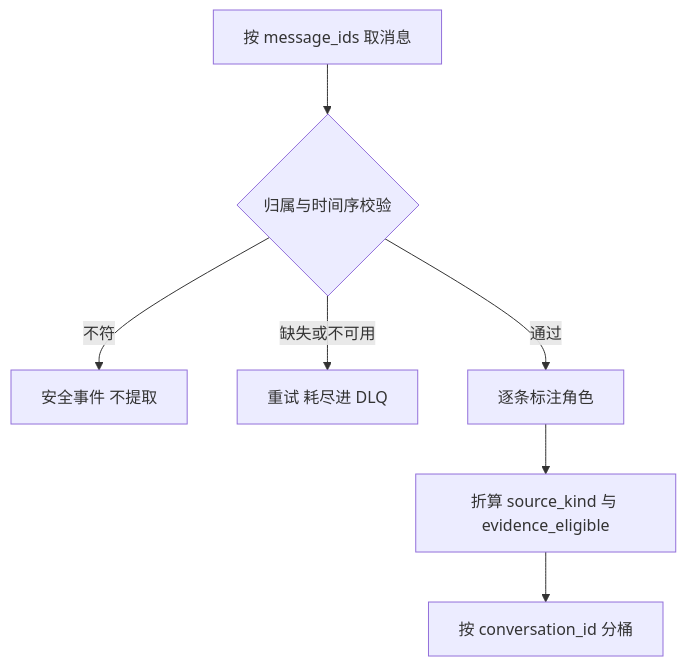
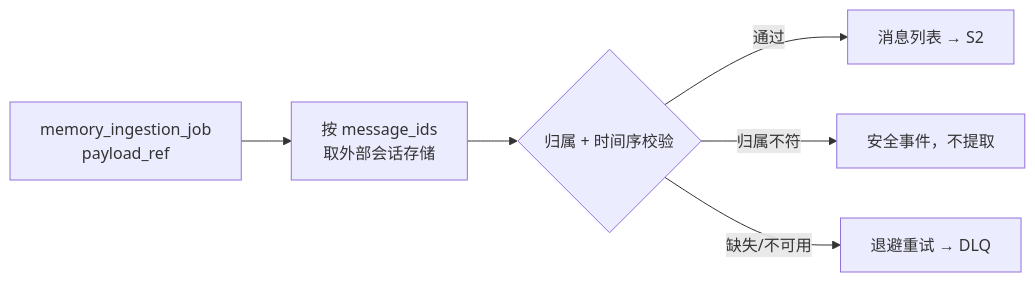
The second of 10 diagrams in docs/2-详细设计/04-记忆抽取.md (luming1617/mms), drawn with Mermaid before and after one commit. The commit also changed other lines of this file and 37 other files, not shown here.

````diff
--- a/docs/2-详细设计/04-记忆抽取.md
+++ b/docs/2-详细设计/04-记忆抽取.md
@@ -115,9 +40,8 @@
 ```mermaid
-flowchart TD
-  A["按 message_ids 取消息"] --> B{"归属与时间序校验"}
-  B -->|不符| X["安全事件 不提取"]
-  B -->|缺失或不可用| R["重试 耗尽进 DLQ"]
-  B -->|通过| C["逐条标注角色"]
-  C --> D["折算 source_kind 与 evidence_eligible"]
-  D --> E["按 conversation_id 分桶"]
+flowchart LR
+  J["memory_ingestion_job<br/>payload_ref"] --> F["按 message_ids<br/>取外部会话存储"]
+  F --> V{"归属 + 时间序校验"}
+  V -->|通过| C["消息列表 → S2"]
+  V -->|归属不符| SEC["安全事件，不提取"]
+  V -->|缺失/不可用| R["退避重试 → DLQ"]
 ```
````
